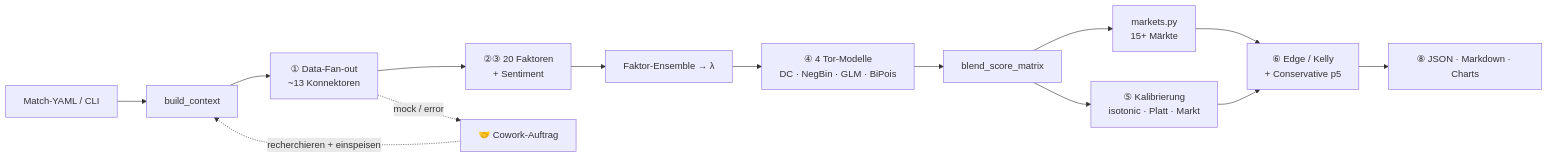
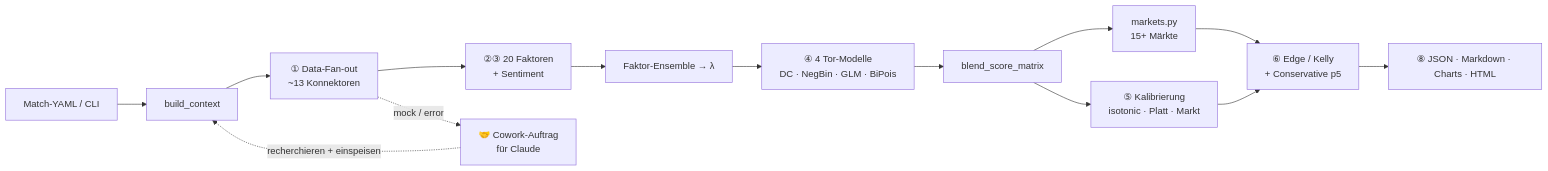
Before and after one commit to Bgjulusgb/Football_WM: the second of 2 diagrams in README.md, drawn with Mermaid. The commit also changed other lines of this file, not shown here.

````diff
--- a/README.md
+++ b/README.md
@@ -34,16 +183,16 @@
 ```mermaid
 flowchart LR
     IN["Match-YAML / CLI"] --> CTX["build_context"]
     CTX --> P1["① Data-Fan-out<br/>~13 Konnektoren"]
     P1 --> P2["②③ 20 Faktoren<br/>+ Sentiment"]
     P2 --> ENS["Faktor-Ensemble → λ"]
     ENS --> P4["④ 4 Tor-Modelle<br/>DC · NegBin · GLM · BiPois"]
     P4 --> MAT["blend_score_matrix"]
     MAT --> MK["markets.py<br/>15+ Märkte"]
     MAT --> P5["⑤ Kalibrierung<br/>isotonic · Platt · Markt"]
     MK --> P6["⑥ Edge / Kelly<br/>+ Conservative p5"]
     P5 --> P6
-    P6 --> OUT["⑧ JSON · Markdown · Charts"]
-    P1 -. "mock / error" .-> CW["🤝 Cowork-Auftrag"]
+    P6 --> OUT["⑧ JSON · Markdown · Charts · HTML"]
+    P1 -. "mock / error" .-> CW["🤝 Cowork-Auftrag<br/>für Claude"]
     CW -. "recherchieren + einspeisen" .-> CTX
 ```
````
